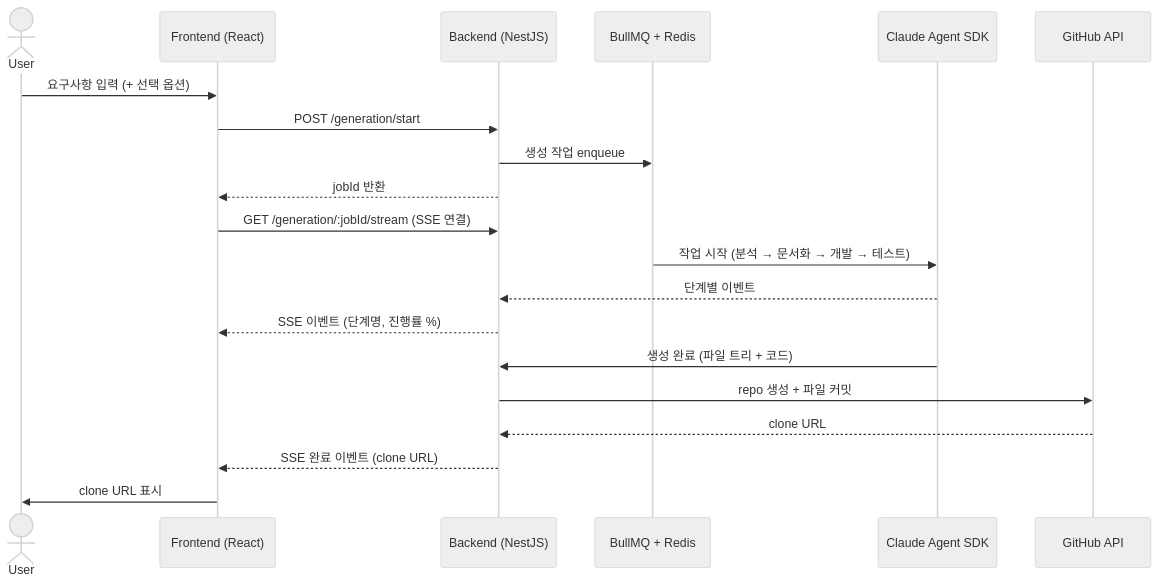
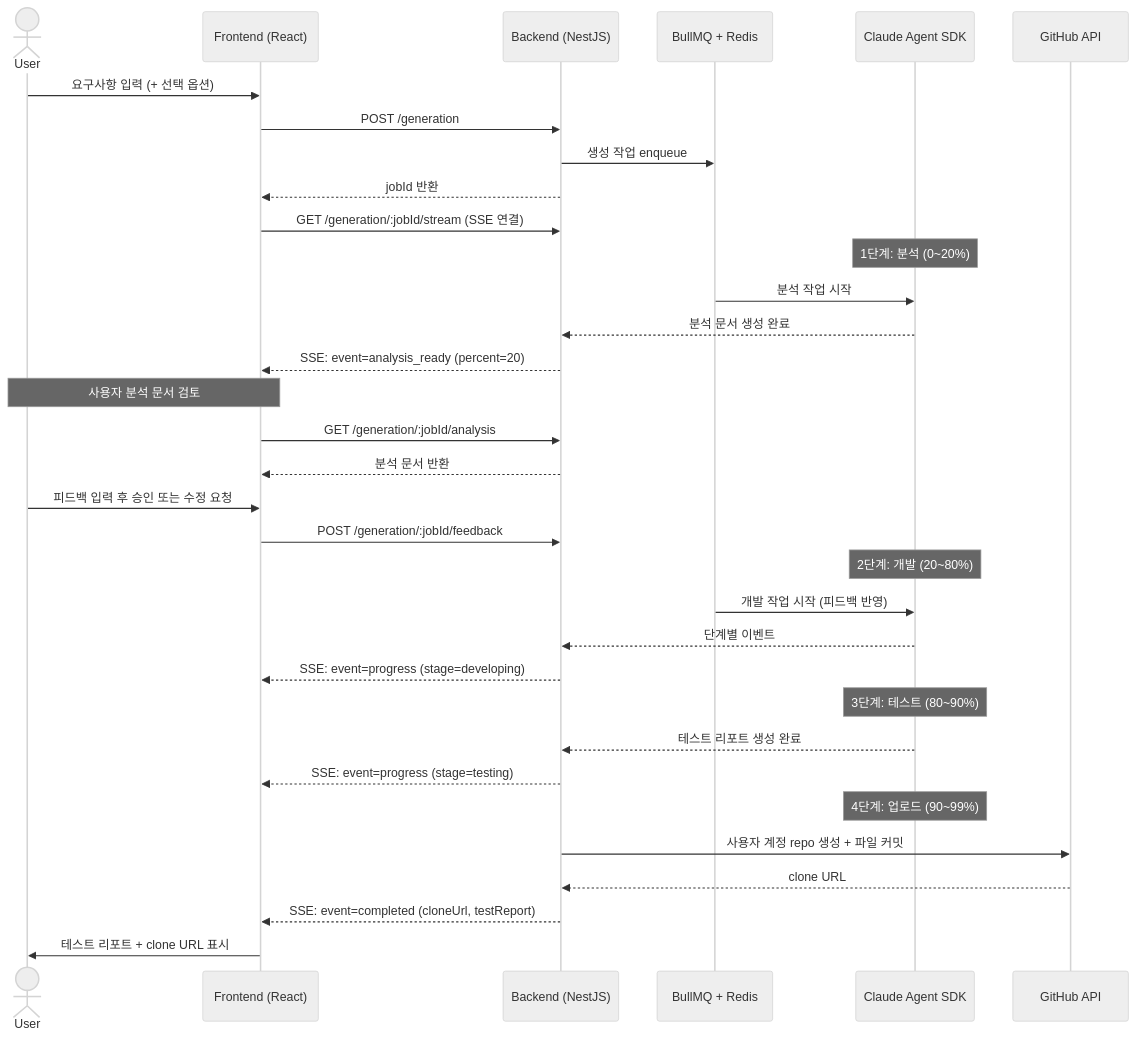
The first of 2 diagrams in docs/PRD.md (Gomdadi/mvp-builder), drawn with Mermaid (neutral theme) before and after one commit. The commit also changed other lines of this file and 12 other files, not shown here.

````diff
--- a/docs/PRD.md
+++ b/docs/PRD.md
@@ -157,25 +159,41 @@
 ```mermaid
 sequenceDiagram
     actor User
     participant FE as Frontend (React)
     participant BE as Backend (NestJS)
     participant Queue as BullMQ + Redis
     participant Agent as Claude Agent SDK
     participant GH as GitHub API
 
     User->>FE: 요구사항 입력 (+ 선택 옵션)
-    FE->>BE: POST /generation/start
+    FE->>BE: POST /generation
     BE->>Queue: 생성 작업 enqueue
     BE-->>FE: jobId 반환
     FE->>BE: GET /generation/:jobId/stream (SSE 연결)
 
-    Queue->>Agent: 작업 시작 (분석 → 문서화 → 개발 → 테스트)
+    Note over Agent: 1단계: 분석 (0~20%)
+    Queue->>Agent: 분석 작업 시작
+    Agent-->>BE: 분석 문서 생성 완료
+    BE-->>FE: SSE: event=analysis_ready (percent=20)
+
+    Note over FE,User: 사용자 분석 문서 검토
+    FE->>BE: GET /generation/:jobId/analysis
+    BE-->>FE: 분석 문서 반환
+    User->>FE: 피드백 입력 후 승인 또는 수정 요청
+    FE->>BE: POST /generation/:jobId/feedback
+
+    Note over Agent: 2단계: 개발 (20~80%)
+    Queue->>Agent: 개발 작업 시작 (피드백 반영)
     Agent-->>BE: 단계별 이벤트
-    BE-->>FE: SSE 이벤트 (단계명, 진행률 %)
+    BE-->>FE: SSE: event=progress (stage=developing)
 
-    Agent->>BE: 생성 완료 (파일 트리 + 코드)
-    BE->>GH: repo 생성 + 파일 커밋
+    Note over Agent: 3단계: 테스트 (80~90%)
+    Agent-->>BE: 테스트 리포트 생성 완료
+    BE-->>FE: SSE: event=progress (stage=testing)
+
+    Note over Agent: 4단계: 업로드 (90~99%)
+    BE->>GH: 사용자 계정 repo 생성 + 파일 커밋
     GH-->>BE: clone URL
-    BE-->>FE: SSE 완료 이벤트 (clone URL)
-    FE->>User: clone URL 표시
+    BE-->>FE: SSE: event=completed (cloneUrl, testReport)
+    FE->>User: 테스트 리포트 + clone URL 표시
 ```
````
